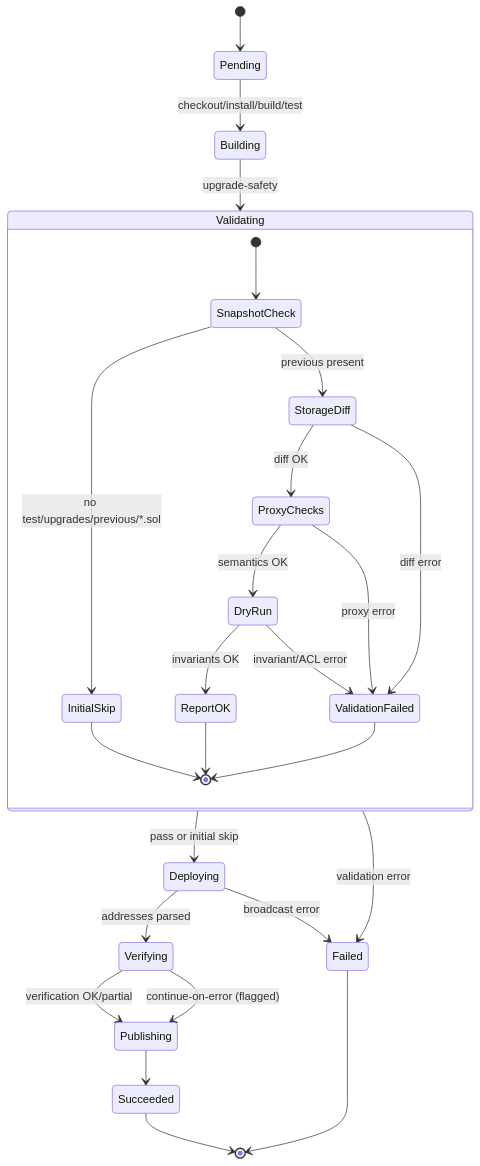
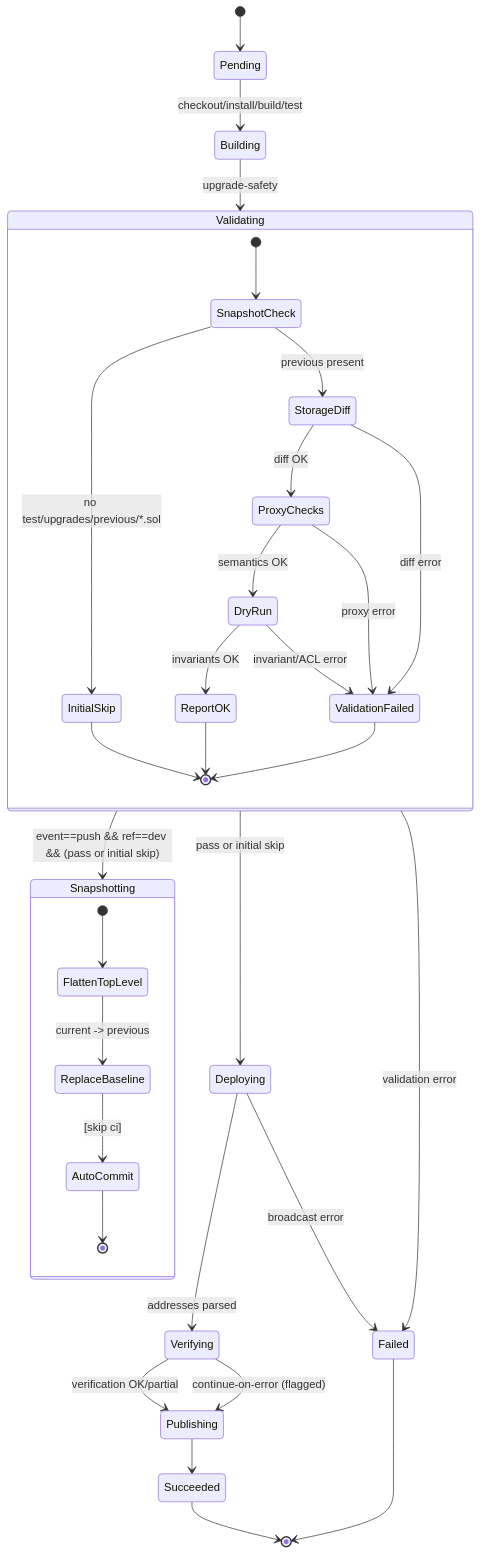
The second of 3 diagrams in docs/specs/ci-cd-automated-deployments.md (BreadchainCoop/etherform), drawn with Mermaid before and after one commit. The commit also changed other lines of this file, not shown here.

Commit message:
docs(spec): upgrade-safety triggers and flatten+auto-commit; update UML

````diff
--- a/docs/specs/ci-cd-automated-deployments.md
+++ b/docs/specs/ci-cd-automated-deployments.md
@@ -237,38 +270,46 @@
 ```mermaid
 stateDiagram
   [*] --> Pending
   Pending --> Building : checkout/install/build/test
   Building --> Validating : upgrade-safety
 
   state Validating {
     [*] --> SnapshotCheck
     SnapshotCheck --> InitialSkip : no test/upgrades/previous/*.sol
     SnapshotCheck --> StorageDiff : previous present
 
     StorageDiff --> ProxyChecks : diff OK
     StorageDiff --> ValidationFailed : diff error
 
     ProxyChecks --> DryRun : semantics OK
     ProxyChecks --> ValidationFailed : proxy error
 
     DryRun --> ReportOK : invariants OK
     DryRun --> ValidationFailed : invariant/ACL error
 
     ReportOK --> [*]
     InitialSkip --> [*]
     ValidationFailed --> [*]
   }
 
+  Validating --> Snapshotting : event==push && ref==dev && (pass or initial skip)
+  state Snapshotting {
+    [*] --> FlattenTopLevel
+    FlattenTopLevel --> ReplaceBaseline : current -> previous
+    ReplaceBaseline --> AutoCommit : [skip ci]
+    AutoCommit --> [*]
+  }
+
   Validating --> Deploying : pass or initial skip
   Validating --> Failed : validation error
 
   Deploying --> Verifying : addresses parsed
   Deploying --> Failed : broadcast error
 
   Verifying --> Publishing : verification OK/partial
   Verifying --> Publishing : continue-on-error (flagged)
 
   Publishing --> Succeeded
   Failed --> [*]
   Succeeded --> [*]
 ```
````
